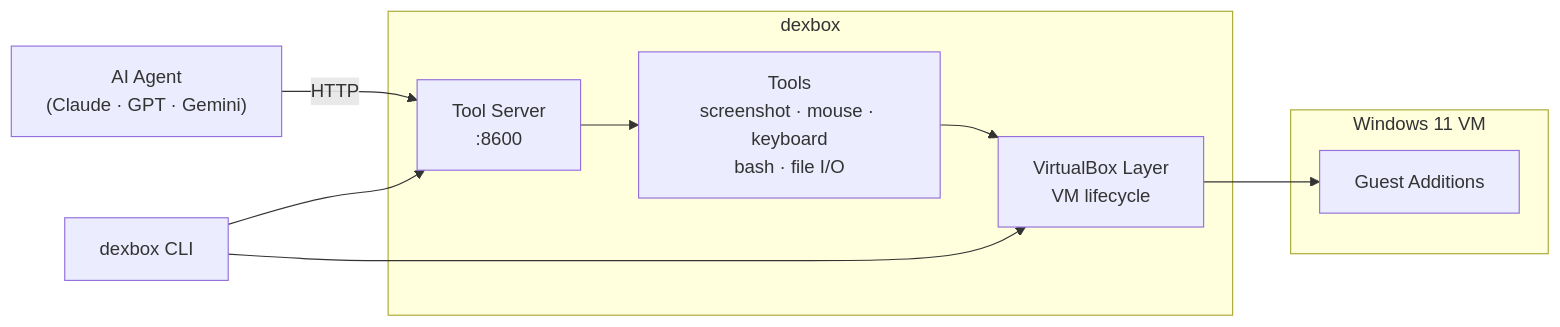
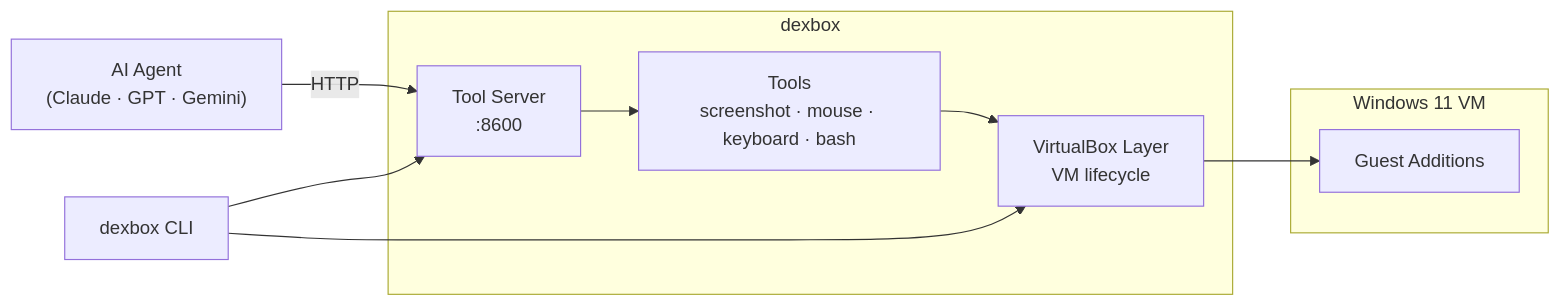
One commit to getnenai/dexbox changed the diagram in README.md. Above: the diagram before and after it, drawn with Mermaid. The commit also changed other lines of this file and 4 other files, not shown here.

````diff
--- a/README.md
+++ b/README.md
@@ -361,22 +371,22 @@
 ```mermaid
 flowchart LR
     Agent["AI Agent\n(Claude · GPT · Gemini)"]
     CLI["dexbox CLI"]
 
     subgraph dexbox["dexbox"]
         Server["Tool Server\n:8600"]
-        Tools["Tools\nscreenshot · mouse · keyboard\nbash · file I/O"]
+        Tools["Tools\nscreenshot · mouse · keyboard · bash"]
         VBox["VirtualBox Layer\nVM lifecycle"]
     end
 
     subgraph VM["Windows 11 VM"]
         GuestAdditions["Guest Additions"]
     end
 
     Agent -- "HTTP" --> Server
     CLI --> Server
     CLI --> VBox
     Server --> Tools
     Tools --> VBox
     VBox --> GuestAdditions
 ```
````
